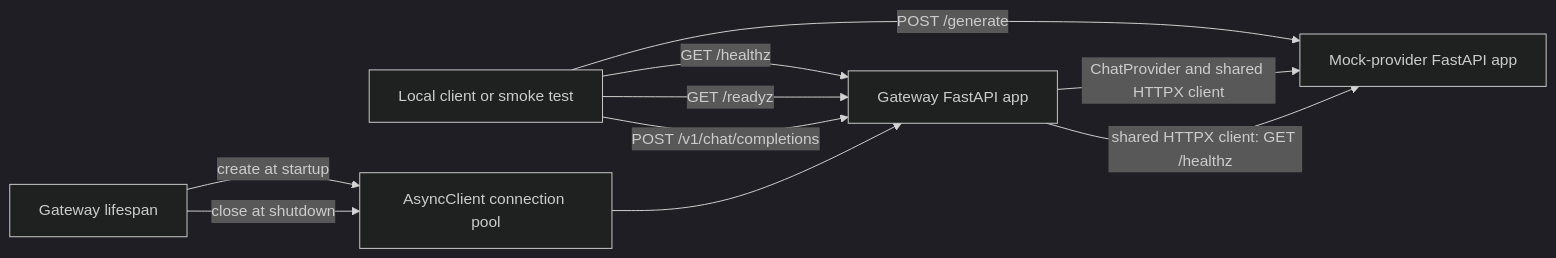
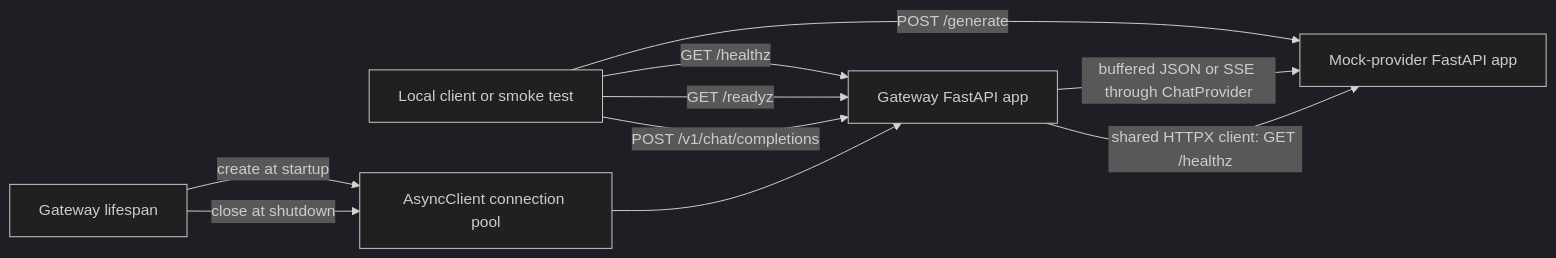
The diagram in docs/architecture.md (ompatelz/SwitchBoard), drawn with Mermaid (dark theme) before and after one commit. The commit also changed other lines of this file and 13 other files, not shown here.

````diff
--- a/docs/architecture.md
+++ b/docs/architecture.md
@@ -31,12 +32,12 @@
 ```mermaid
 flowchart LR
     C[Local client or smoke test] -->|GET /healthz| G[Gateway FastAPI app]
     C -->|GET /readyz| G
     C -->|POST /generate| M[Mock-provider FastAPI app]
     C -->|POST /v1/chat/completions| G
-    G -->|ChatProvider and shared HTTPX client| M
+    G -->|buffered JSON or SSE through ChatProvider| M
     G -->|shared HTTPX client: GET /healthz| M
     L[Gateway lifespan] -->|create at startup| H[AsyncClient connection pool]
     H --> G
     L -->|close at shutdown| H
 ```
````
